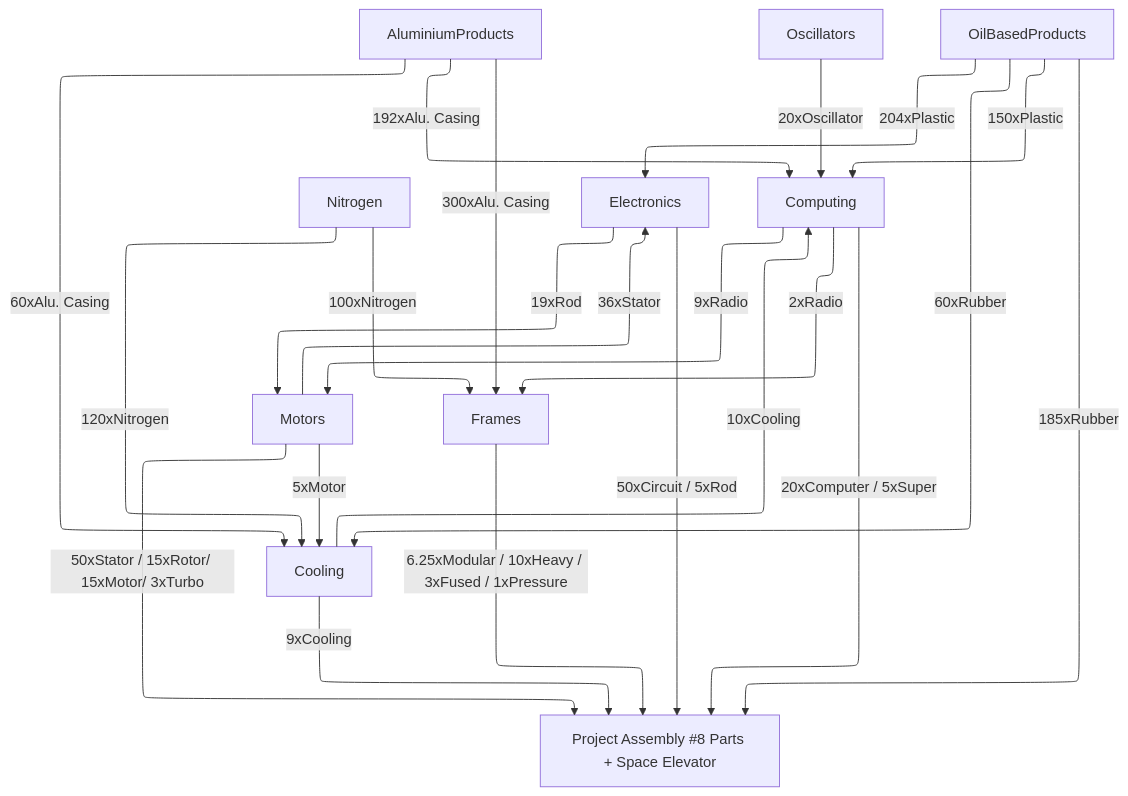
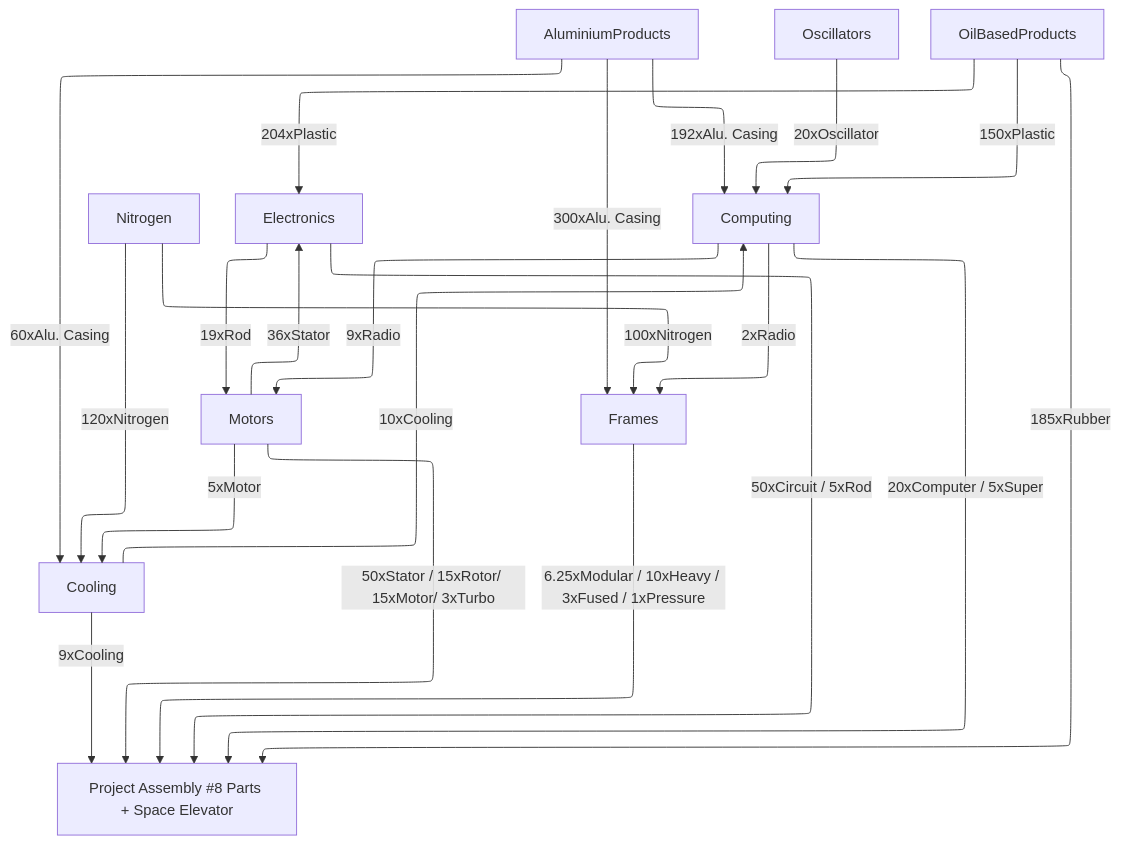
One commit to totobest/satis-master-plan changed the diagram in src/train_connections.mermaid. Above: the diagram before and after it, drawn with Mermaid.

Commit message:
upd train connections

```diff
--- a/src/train_connections.mermaid
+++ b/src/train_connections.mermaid
@@ -1,46 +1,45 @@
 ---
 config:
   layout: elk
 ---
 
 flowchart TD
 
     AluminiumProducts
 
     Oscillators
 
     Nitrogen
 
 
     Electronics -- 19xRod --> Motors
     Computing -- 9xRadio --> Motors
     Motors
 
     AluminiumProducts -- 300xAlu. Casing --> Frames
     Computing -- 2xRadio --> Frames
     Nitrogen -- 100xNitrogen --> Frames
     Frames
 
     OilBasedProducts -- 204xPlastic --> Electronics
     Motors -- 36xStator --> Electronics
     Electronics
 
-    OilBasedProducts -- 60xRubber --> Cooling
     AluminiumProducts -- 60xAlu. Casing --> Cooling
     Motors -- 5xMotor --> Cooling
     Nitrogen -- 120xNitrogen --> Cooling
     Cooling
 
     OilBasedProducts -- 150xPlastic --> Computing
     Oscillators -- 20xOscillator --> Computing
     AluminiumProducts -- 192xAlu. Casing --> Computing
     Cooling -- 10xCooling--> Computing
     Computing
 
     OilBasedProducts -- 185xRubber --> ProjectAssembly
     Motors -- 50xStator / 15xRotor/ 15xMotor/ 3xTurbo --> ProjectAssembly
     Frames -- 6.25xModular / 10xHeavy / 3xFused / 1xPressure --> ProjectAssembly
     Electronics -- 50xCircuit / 5xRod --> ProjectAssembly
     Cooling -- 9xCooling--> ProjectAssembly
     Computing -- 20xComputer / 5xSuper --> ProjectAssembly
     ProjectAssembly["Project Assembly #8 Parts + Space Elevator"]
```
